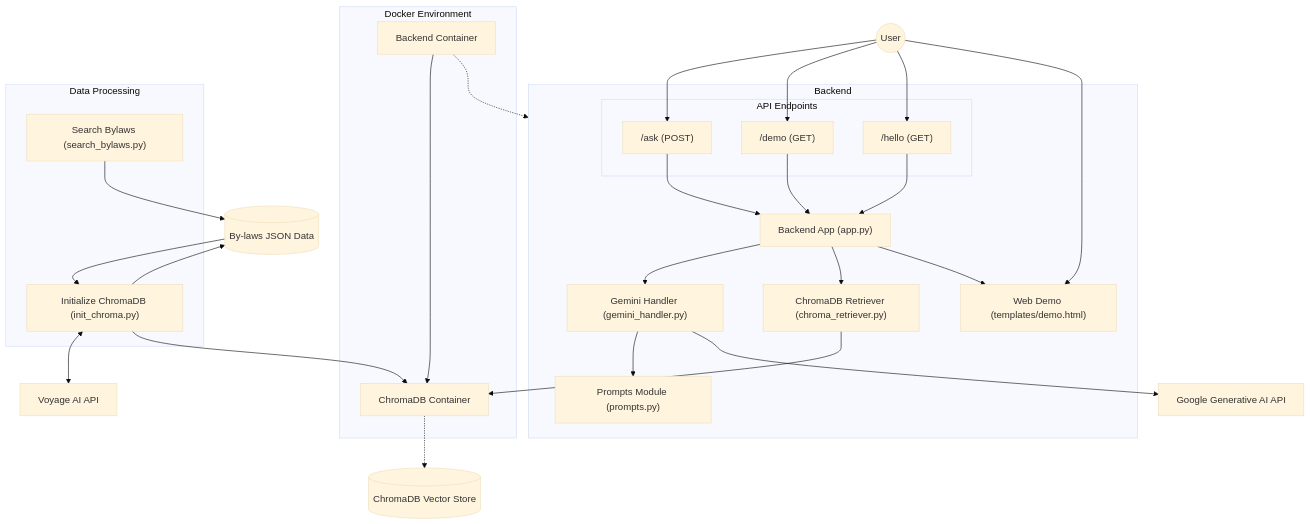
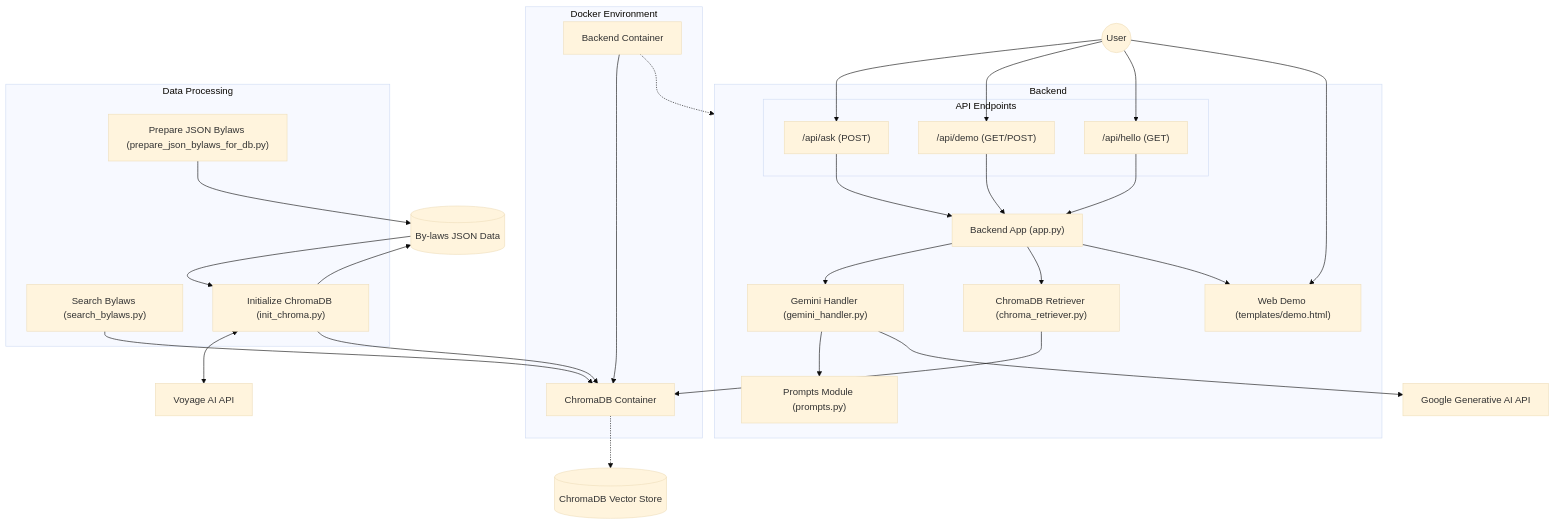
One commit to Cadence-GitHub/Stouffville-By-laws-AI changed the diagram in README.md. Above: the diagram before and after it, drawn with Mermaid (base theme). The commit also changed other lines of this file, not shown here.

Commit message:
Updated the Architecture Overview section in the README file

````diff
--- a/README.md
+++ b/README.md
@@ -150,69 +152,71 @@
 ```mermaid
 graph TB
     %% External services
     GoogleAPI["Google Generative AI API"]
     VoyageAPI["Voyage AI API"]
 
     %% Docker containers
     subgraph Docker["Docker Environment"]
         Backend["Backend Container"]
         ChromaDB["ChromaDB Container"]
     end
 
     %% Components in Backend
     subgraph BackendComponents["Backend"]
         FlaskApp["Backend App (app.py)"]
         ChromaRetriever["ChromaDB Retriever (chroma_retriever.py)"]
         GeminiHandler["Gemini Handler (gemini_handler.py)"]
         PromptsModule["Prompts Module (prompts.py)"]
         Demo["Web Demo (templates/demo.html)"]
 
         %% Subgraph for API Calls
         subgraph APICalls["API Endpoints"]
-            API1["/ask (POST)"]
-            API2["/demo (GET)"]
-            API3["/hello (GET)"]
+            API1["/api/ask (POST)"]
+            API2["/api/demo (GET/POST)"]
+            API3["/api/hello (GET)"]
         end
     end
 
     %% Data Processing Components
     subgraph DataProcessing["Data Processing"]
+        PrepareByLaws["Prepare JSON Bylaws (prepare_json_bylaws_for_db.py)"]
         SearchBylaws["Search Bylaws (search_bylaws.py)"]
         InitChroma["Initialize ChromaDB (init_chroma.py)"]
     end
 
     %% Data Storage
     ByLawsData[("By-laws JSON Data")]
     ChromaDBData[("ChromaDB Vector Store")]
 
 
     %% Connections between components
-    SearchBylaws --> ByLawsData
+    PrepareByLaws --> ByLawsData
+    SearchBylaws --> ChromaDB
     FlaskApp --> GeminiHandler
     FlaskApp --> ChromaRetriever
     FlaskApp --> Demo
     ChromaRetriever --> ChromaDB
     GeminiHandler --> PromptsModule
     GeminiHandler --> GoogleAPI
     InitChroma <--> VoyageAPI
     InitChroma --> ByLawsData
     InitChroma --> ChromaDB
     API1 --> FlaskApp
     API2 --> FlaskApp
     API3 --> FlaskApp
     
     
     %% Container connections
     Backend --> ChromaDB
     Backend -.-> BackendComponents
     ChromaDB -.-> ChromaDBData
 
     %% Data flow for initialization
     ByLawsData --> InitChroma
     
     %% User interactions
     User(("User")) --> API1
     User --> API2
     User --> API3
     User --> Demo
 ```
````
